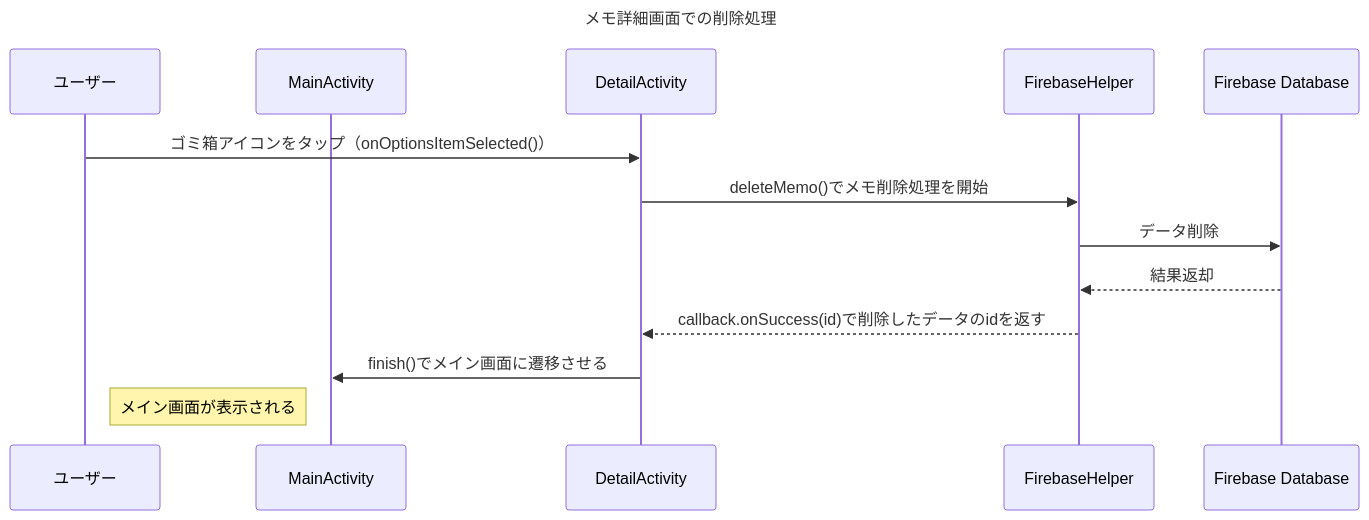
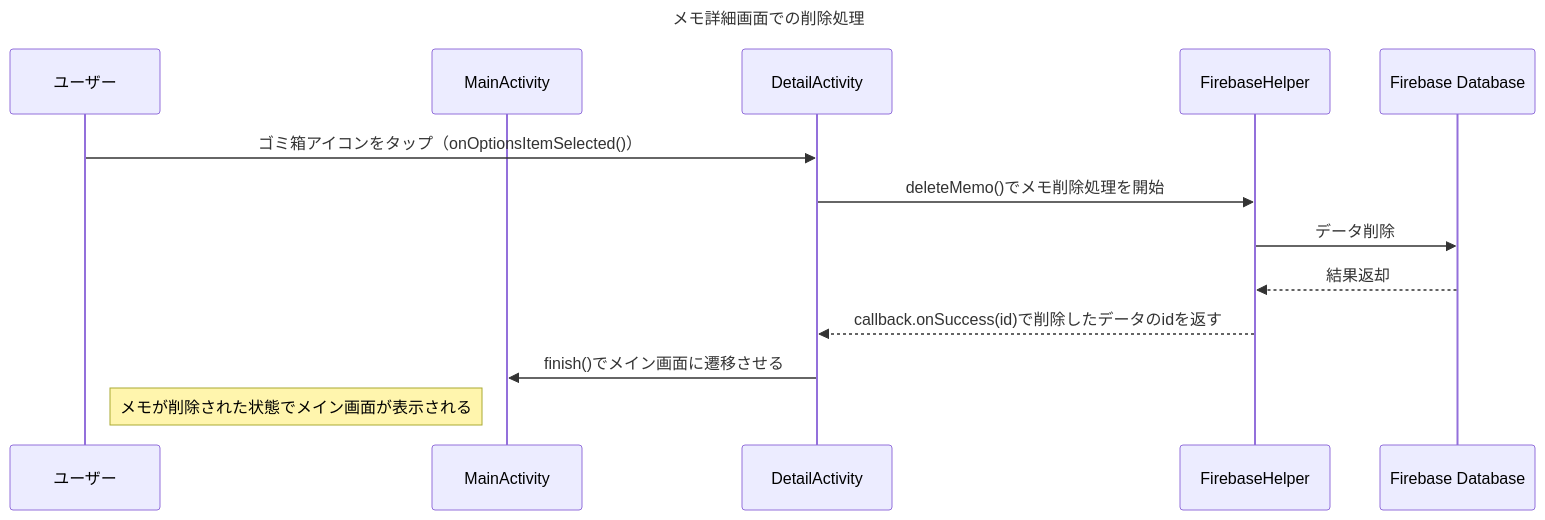
The fourth of 6 diagrams in README.md (masu314/memo), drawn with Mermaid before and after one commit. The commit also changed other lines of this file, not shown here.

Commit message:
[update]README.mdにメモ一覧画面での複数削除処理のシーケンス図を追加

````diff
--- a/README.md
+++ b/README.md
@@ -54,17 +54,17 @@
 ```mermaid
 sequenceDiagram
     title メモ詳細画面での削除処理
     participant User as ユーザー
     participant Main as MainActivity
     participant Detail as DetailActivity
     participant Firebase as FirebaseHelper
     participant DB as Firebase Database
 
     User->>Detail: ゴミ箱アイコンをタップ（onOptionsItemSelected()）
     Detail->>Firebase: deleteMemo()でメモ削除処理を開始
     Firebase->>DB: データ削除
     DB-->>Firebase: 結果返却
     Firebase-->>Detail: callback.onSuccess(id)で削除したデータのidを返す
     Detail->>Main: finish()でメイン画面に遷移させる
-    note right of User: メイン画面が表示される
+    note right of User: メモが削除された状態でメイン画面が表示される
 ```
````
